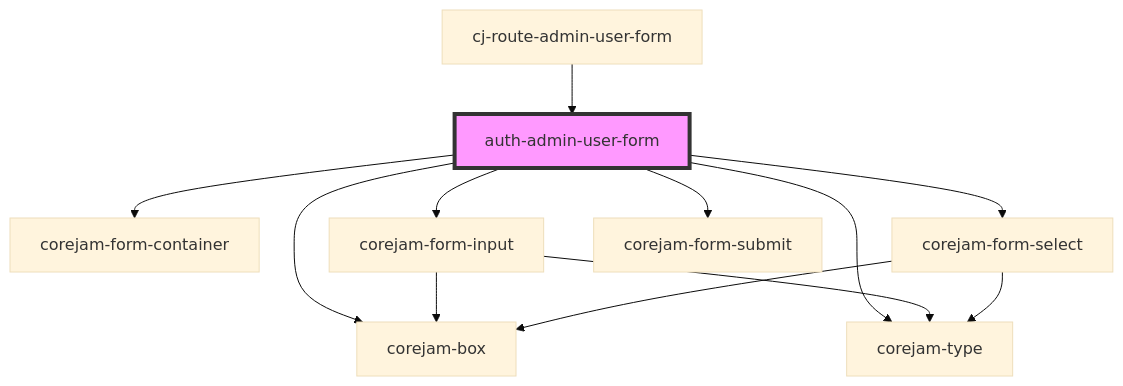
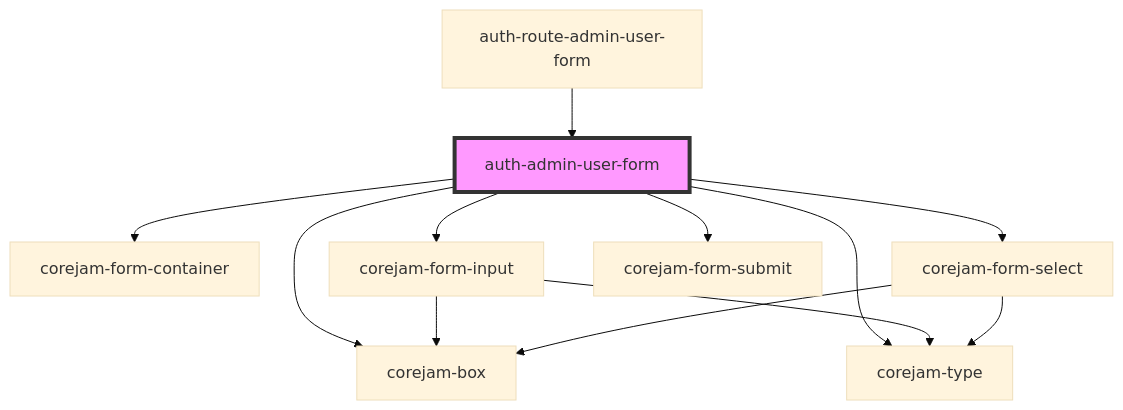
One commit to corejam/corejam changed the diagram in packages/auth/app/components/AdminUserForm/readme.md. Above: the diagram before and after it, drawn with Mermaid (base theme). The commit also changed other lines of this file and 43 other files, not shown here.

````diff
--- a/packages/auth/app/components/AdminUserForm/readme.md
+++ b/packages/auth/app/components/AdminUserForm/readme.md
@@ -32,15 +32,15 @@
 ```mermaid
 graph TD;
   auth-admin-user-form --> corejam-box
   auth-admin-user-form --> corejam-type
   auth-admin-user-form --> corejam-form-container
   auth-admin-user-form --> corejam-form-input
   auth-admin-user-form --> corejam-form-select
   auth-admin-user-form --> corejam-form-submit
   corejam-form-input --> corejam-box
   corejam-form-input --> corejam-type
   corejam-form-select --> corejam-box
   corejam-form-select --> corejam-type
-  cj-route-admin-user-form --> auth-admin-user-form
+  auth-route-admin-user-form --> auth-admin-user-form
   style auth-admin-user-form fill:#f9f,stroke:#333,stroke-width:4px
 ```
````
